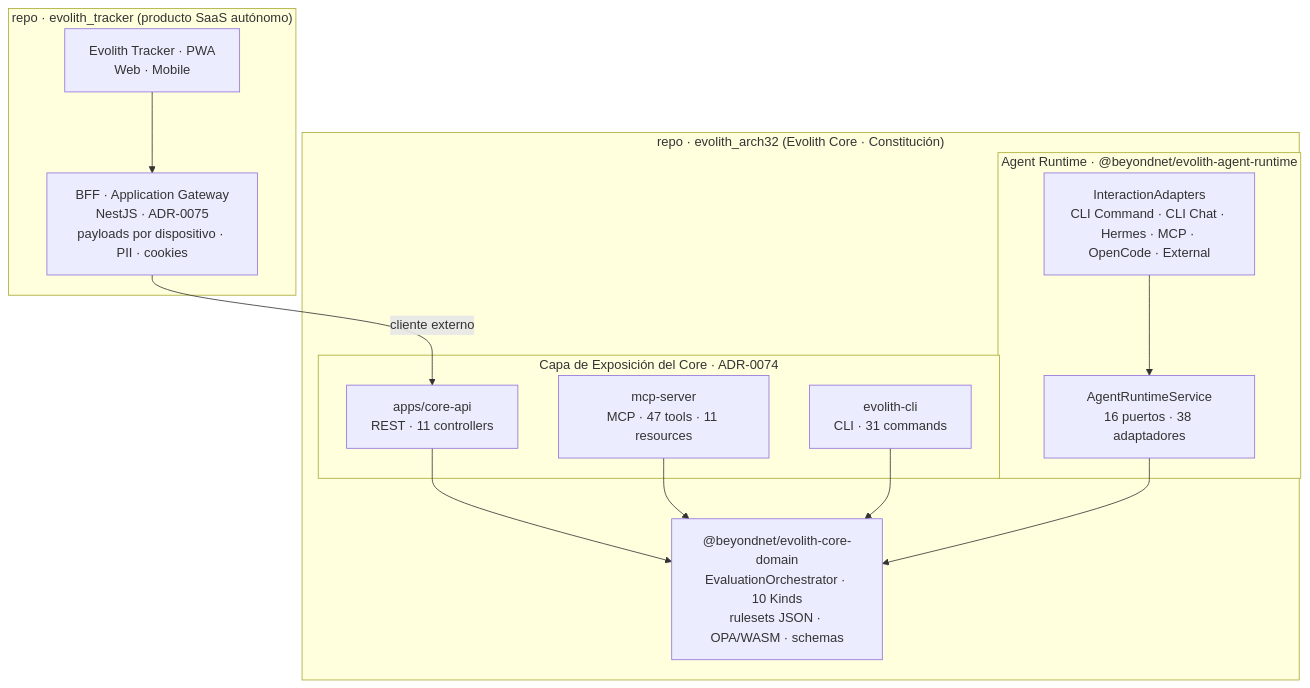
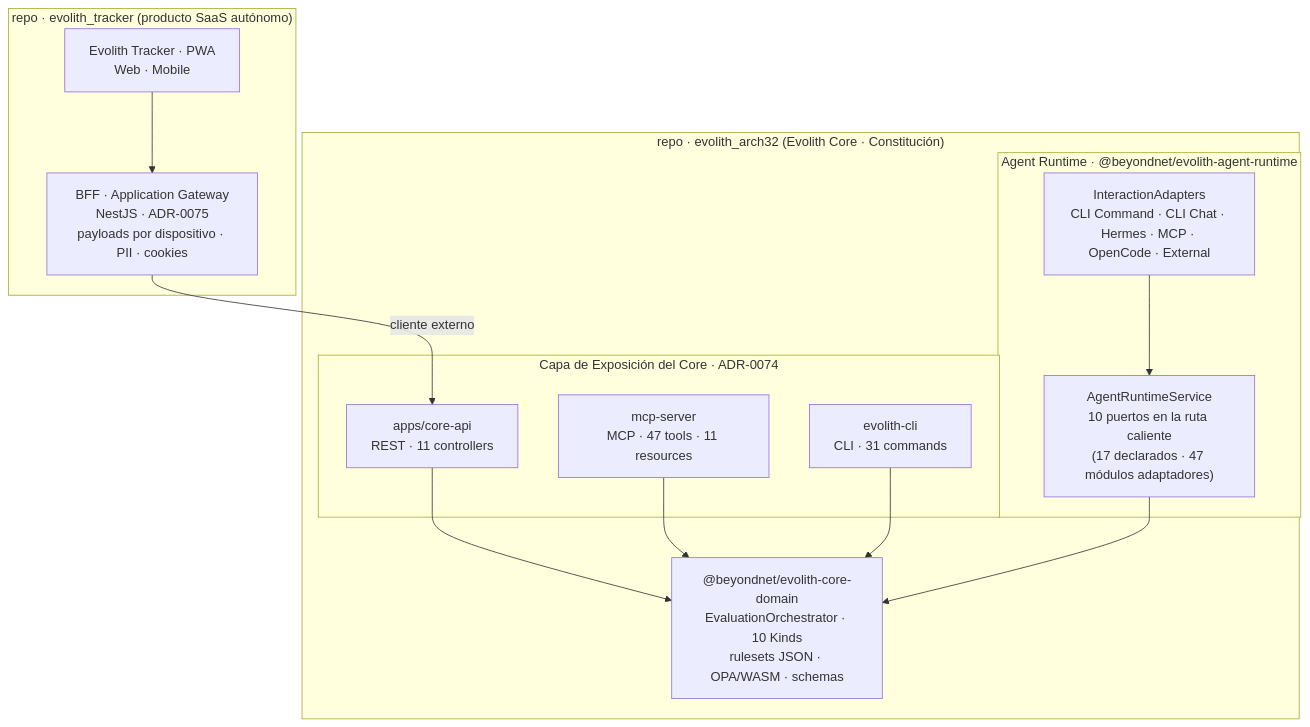
Before and after one commit to beyondnetcode/evolith_arch32: the diagram in product/suite/vision/evolith-product-vision-master.es.md, drawn with Mermaid. The commit also changed other lines of this file and 90 other files, not shown here.

````diff
--- a/product/suite/vision/evolith-product-vision-master.es.md
+++ b/product/suite/vision/evolith-product-vision-master.es.md
@@ -157,24 +157,24 @@
 ```mermaid
 flowchart TB
   subgraph TRK["repo · evolith_tracker (producto SaaS autónomo)"]
     PWA["Evolith Tracker · PWA<br/>Web · Mobile"] --> BFF["BFF · Application Gateway<br/>NestJS · ADR-0075<br/>payloads por dispositivo · PII · cookies"]
   end
   subgraph CORE["repo · evolith_arch32 (Evolith Core · Constitución)"]
     subgraph EXP["Capa de Exposición del Core · ADR-0074"]
       API["apps/core-api<br/>REST · 11 controllers"]
       MCP["mcp-server<br/>MCP · 47 tools · 11 resources"]
       CLI["evolith-cli<br/>CLI · 31 commands"]
     end
     subgraph RT["Agent Runtime · @beyondnet/evolith-agent-runtime"]
-      ARS["AgentRuntimeService<br/>16 puertos · 38 adaptadores"]
+      ARS["AgentRuntimeService<br/>10 puertos en la ruta caliente<br/>(17 declarados · 47 módulos adaptadores)"]
       IA["InteractionAdapters<br/>CLI Command · CLI Chat · Hermes · MCP · OpenCode · External"]
     end
     DOM["@beyondnet/evolith-core-domain<br/>EvaluationOrchestrator · 10 Kinds<br/>rulesets JSON · OPA/WASM · schemas"]
     API --> DOM
     MCP --> DOM
     CLI --> DOM
     ARS --> DOM
     IA --> ARS
   end
   BFF -->|cliente externo| API
 ```
````
